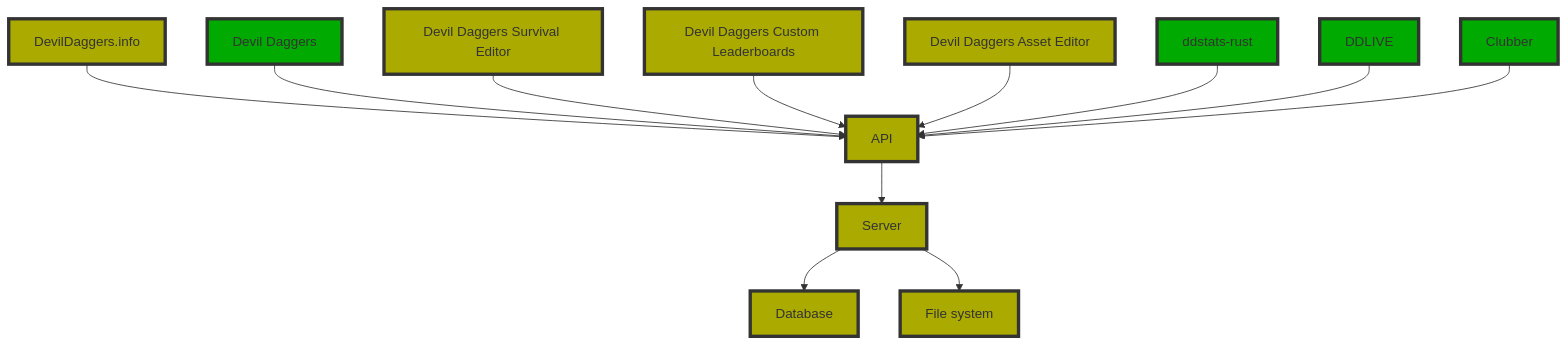
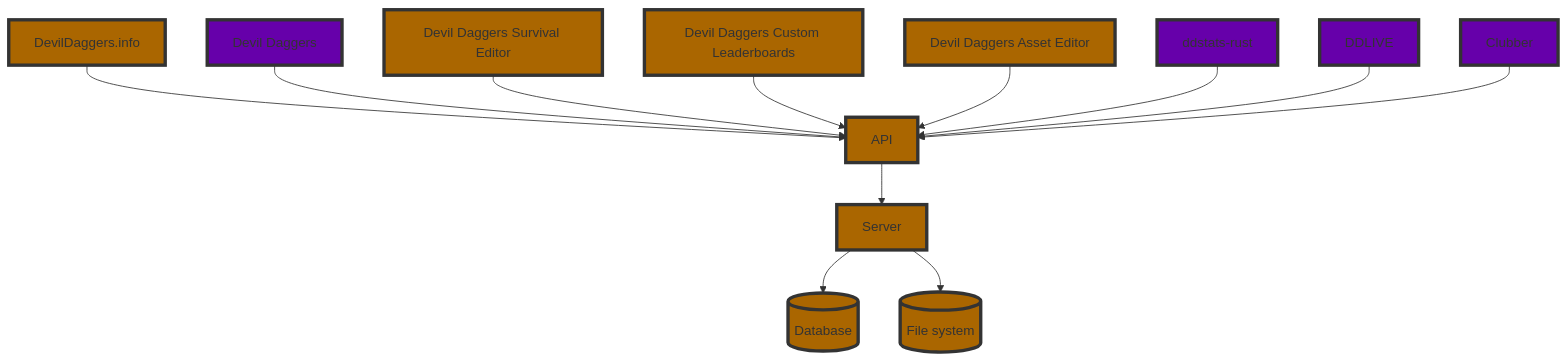
Before and after one commit to NoahStolk/ddinfo-web: the second of 2 diagrams in docs/architecture.md, drawn with Mermaid.

````diff
--- a/docs/architecture.md
+++ b/docs/architecture.md
@@ -92,36 +92,36 @@
 ```mermaid
 flowchart TD;
 
-    database[Database]
-    filesystem[File system]
+    database[(Database)]
+    filesystem[(File system)]
     server[Server]
     api[API]
 	devildaggersinfo[DevilDaggers.info]
     devildaggers[Devil Daggers]
     ddse[Devil Daggers Survival Editor]
     ddcl[Devil Daggers Custom Leaderboards]
     ddae[Devil Daggers Asset Editor]
     ddstatsrust[ddstats-rust]
     ddlive[DDLIVE]
     clubber[Clubber]
 	
 	class database,filesystem,server,api,devildaggersinfo,ddse,ddcl,ddae ddinfo;
 	class devildaggers,ddstatsrust,ddlive,clubber external;
 
-    classDef ddinfo fill:#aa0,stroke:#333,stroke-width:4px;
-    classDef external fill:#0a0,stroke:#333,stroke-width:4px;
+    classDef ddinfo fill:#a60,stroke:#333,stroke-width:4px;
+    classDef external fill:#60a,stroke:#333,stroke-width:4px;
 	
 	server --> database
 	server --> filesystem
 
 	api --> server
 
 	devildaggersinfo --> api
 	devildaggers --> api
 	ddse --> api
 	ddcl --> api
 	ddae --> api
 	ddstatsrust --> api
 	ddlive --> api
 	clubber --> api
 ```
````
